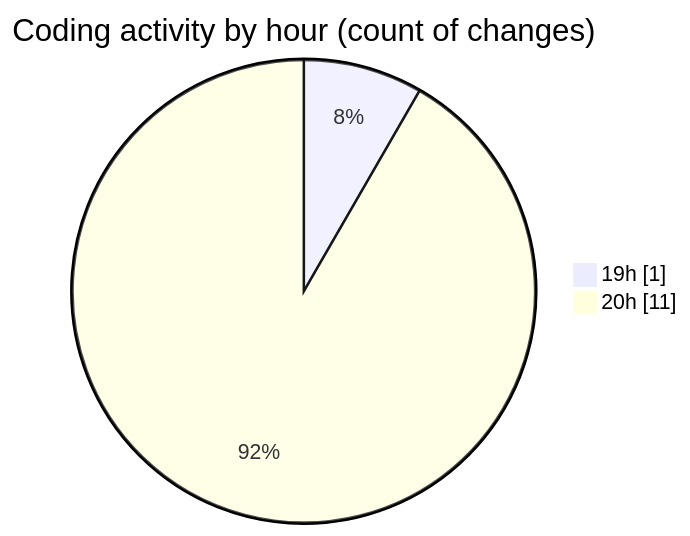
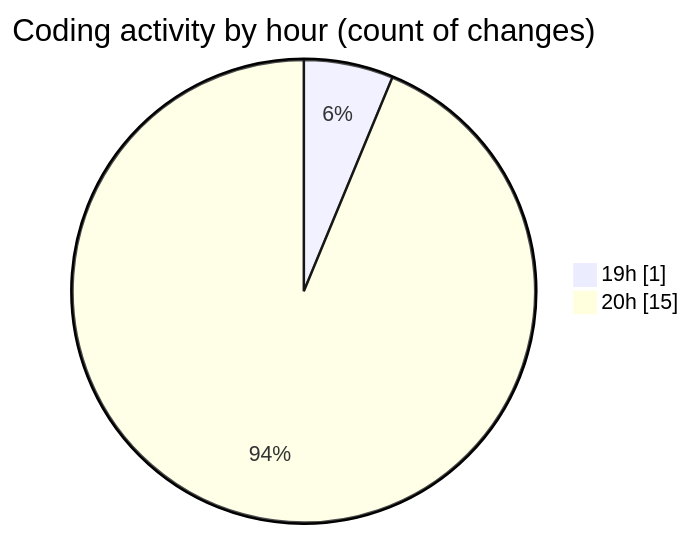
Before and after one commit to ricardozamudiocil/code-tracking: the second of 2 diagrams in 2026-03-01/cilreports__workspace_/README.md, drawn with Mermaid. The commit also changed other lines of this file and 1 other file, not shown here.

````diff
--- a/2026-03-01/cilreports__workspace_/README.md
+++ b/2026-03-01/cilreports__workspace_/README.md
@@ -31,6 +34,6 @@
 ```mermaid
 pie showData
 title Coding activity by hour (count of changes)
 "19h" : 1
-"20h" : 11
+"20h" : 15
 ```
````
